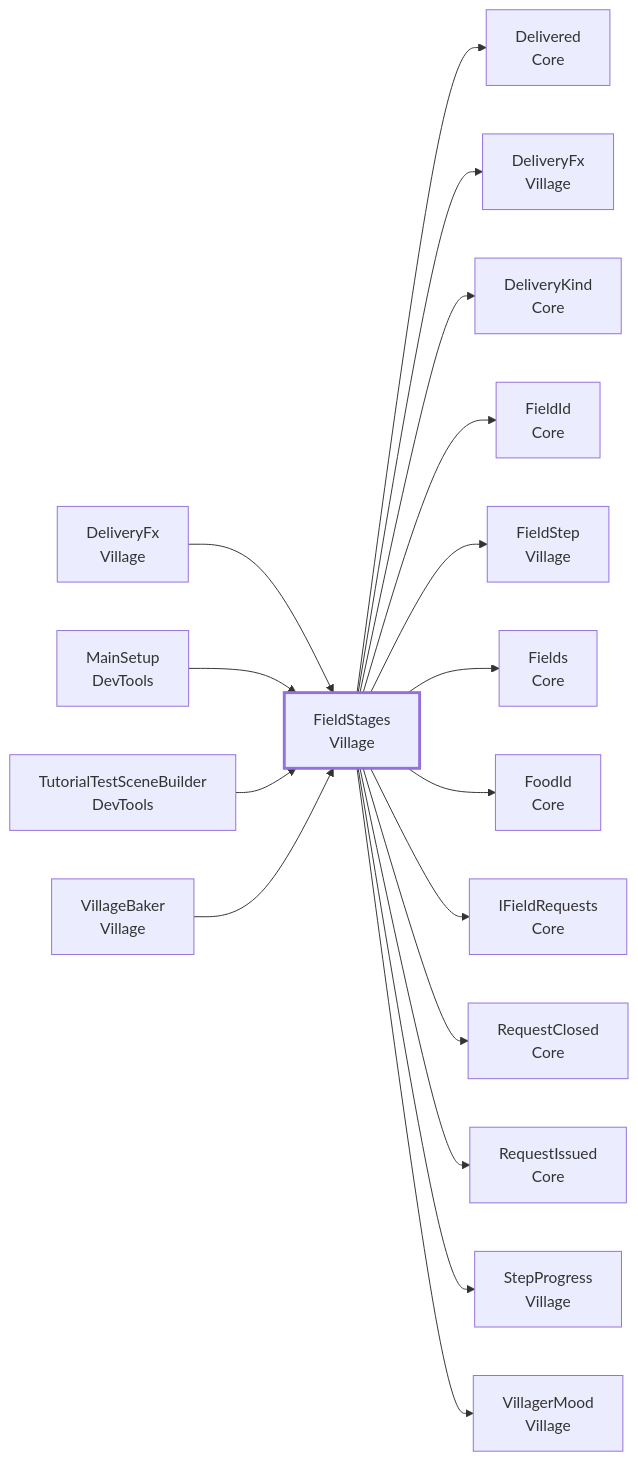
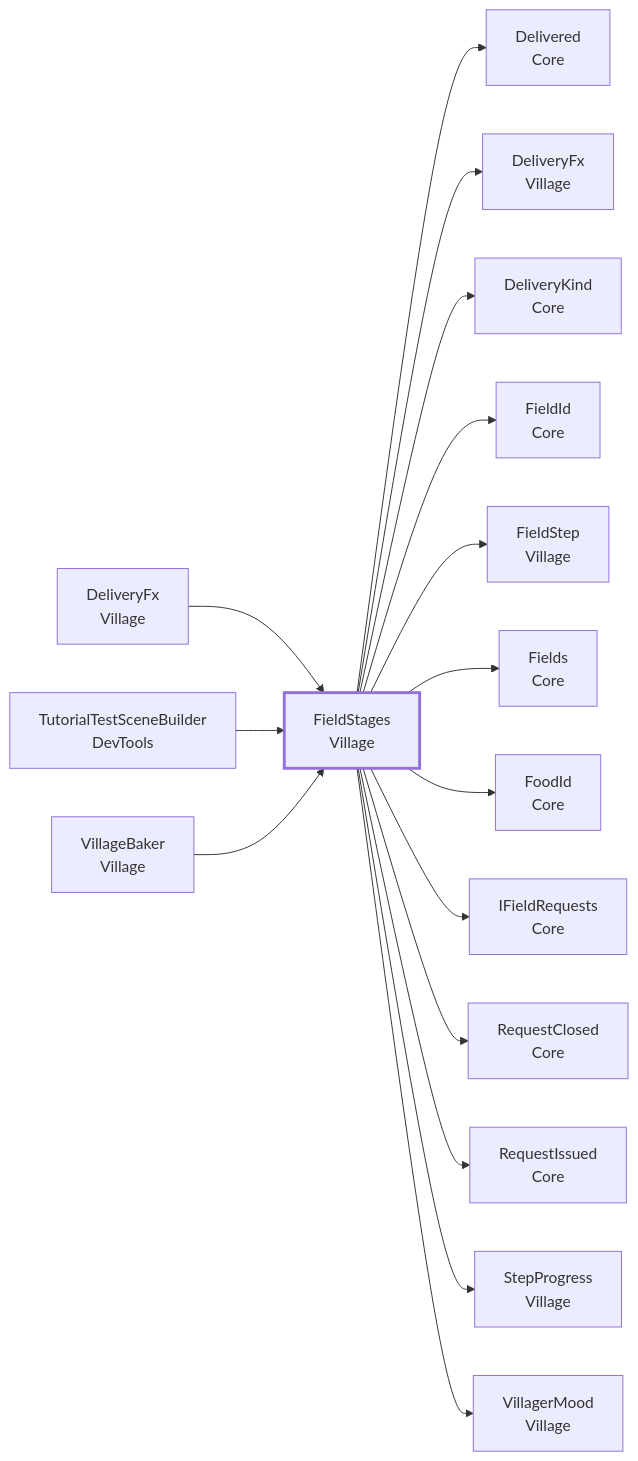
The third of 10 diagrams in docs/api/Village.md (Fialuxe/MouthOfGod_System), drawn with Mermaid before and after one commit. The commit also changed other lines of this file and 20 other files, not shown here.

````diff
--- a/docs/api/Village.md
+++ b/docs/api/Village.md
@@ -202,21 +201,20 @@
 ```mermaid
 flowchart LR
   C_FieldStages["FieldStages<br/>Village"]:::me
   U_DeliveryFx["DeliveryFx<br/>Village"] --> C_FieldStages
-  U_MainSetup["MainSetup<br/>DevTools"] --> C_FieldStages
   U_TutorialTestSceneBuilder["TutorialTestSceneBuilder<br/>DevTools"] --> C_FieldStages
   U_VillageBaker["VillageBaker<br/>Village"] --> C_FieldStages
   C_FieldStages --> D_Delivered["Delivered<br/>Core"]
   C_FieldStages --> D_DeliveryFx["DeliveryFx<br/>Village"]
   C_FieldStages --> D_DeliveryKind["DeliveryKind<br/>Core"]
   C_FieldStages --> D_FieldId["FieldId<br/>Core"]
   C_FieldStages --> D_FieldStep["FieldStep<br/>Village"]
   C_FieldStages --> D_Fields["Fields<br/>Core"]
   C_FieldStages --> D_FoodId["FoodId<br/>Core"]
   C_FieldStages --> D_IFieldRequests["IFieldRequests<br/>Core"]
   C_FieldStages --> D_RequestClosed["RequestClosed<br/>Core"]
   C_FieldStages --> D_RequestIssued["RequestIssued<br/>Core"]
   C_FieldStages --> D_StepProgress["StepProgress<br/>Village"]
   C_FieldStages --> D_VillagerMood["VillagerMood<br/>Village"]
   classDef me stroke-width:3px
 ```
````
